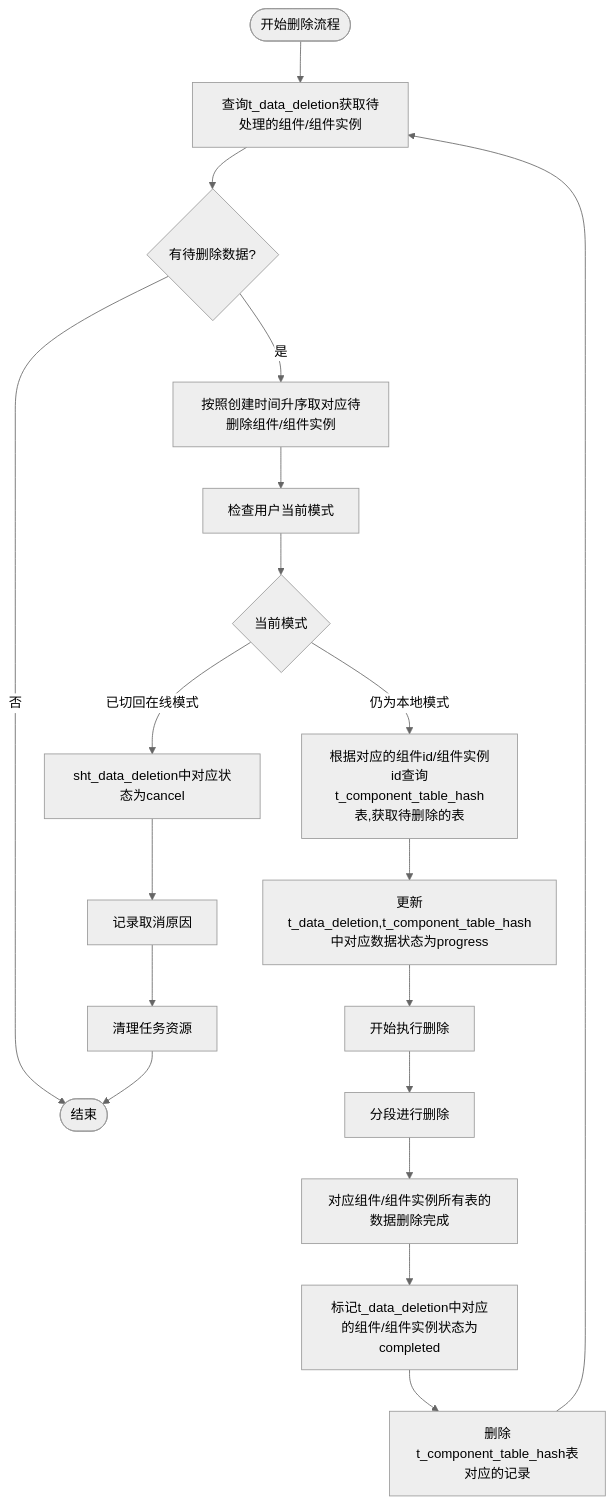
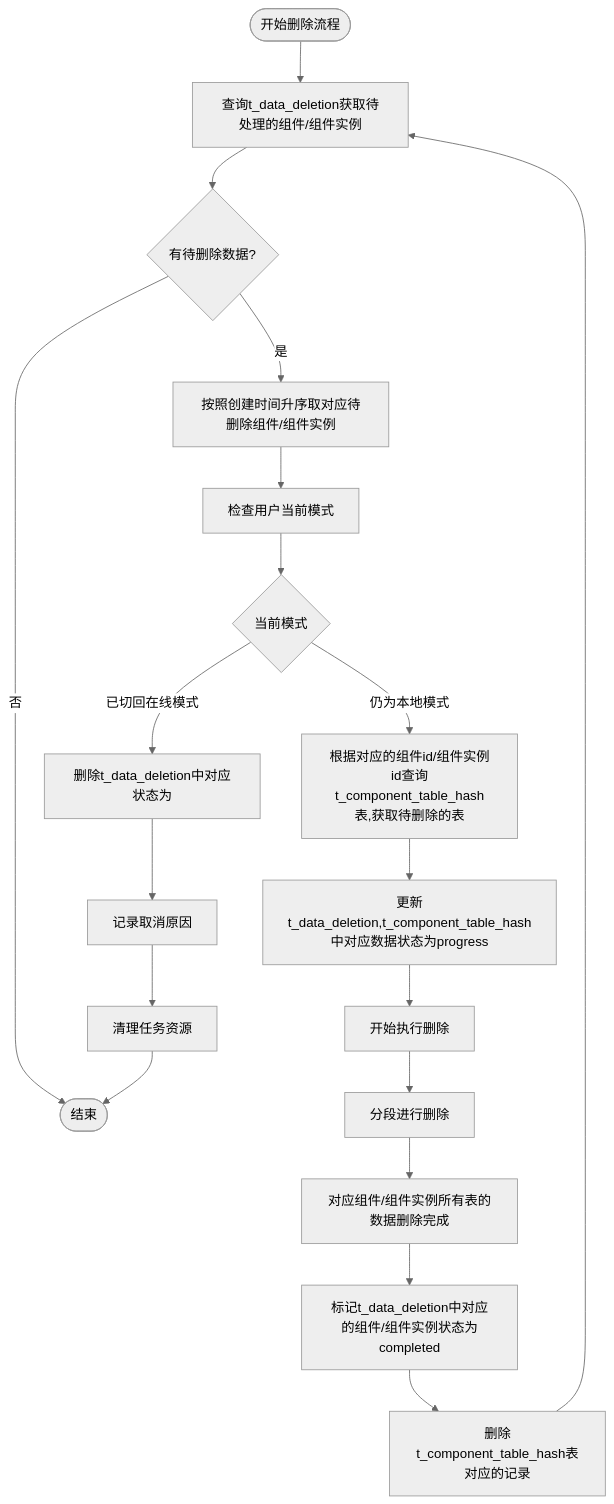
One commit to yingjianzh/iodraw-files changed the diagram in all/未命名-51.md. Above: the diagram before and after it, drawn with Mermaid (neutral theme).

Commit message:
2025-05-08 15:52:12 update

````diff
--- a/all/未命名-51.md
+++ b/all/未命名-51.md
@@ -1,30 +1,30 @@
 ```mermaid
 flowchart TD
     Start([开始删除流程]) --> FetchTasks[查询t_data_deletion获取待处理的组件/组件实例]
     FetchTasks --> HasTasks{有待删除数据?}
     
     HasTasks -->|否| End([结束])
     HasTasks -->|是| PrioritizeTasks[按照创建时间升序取对应待删除组件/组件实例]
     
     PrioritizeTasks --> CheckUserMode[检查用户当前模式]
     
     CheckUserMode --> CurrentMode{当前模式}
-    CurrentMode -->|已切回在线模式| TaskCancel[sht_data_deletion中对应状态为cancel]
+    CurrentMode -->|已切回在线模式| TaskCancel[删除t_data_deletion中对应状态为]
     CurrentMode -->|仍为本地模式| LockTask[根据对应的组件id/组件实例id查询t_component_table_hash表,获取待删除的表]
     
     LockTask --> UpdateStatus[更新t_data_deletion,t_component_table_hash中对应数据状态为progress]
     UpdateStatus --> BeginDeletion[开始执行删除]
     
     BeginDeletion --> A[分段进行删除]
     
     A --> B[对应组件/组件实例所有表的数据删除完成]
     B --> MarkCompleted[标记t_data_deletion中对应的组件/组件实例状态为completed]
     
     MarkCompleted --> MarkHash[删除t_component_table_hash表对应的记录]
     
     TaskCancel --> LogCancellation[记录取消原因]
     LogCancellation --> CleanupTask[清理任务资源]
     
     MarkHash --> FetchTasks
     CleanupTask --> End
 ```
````
